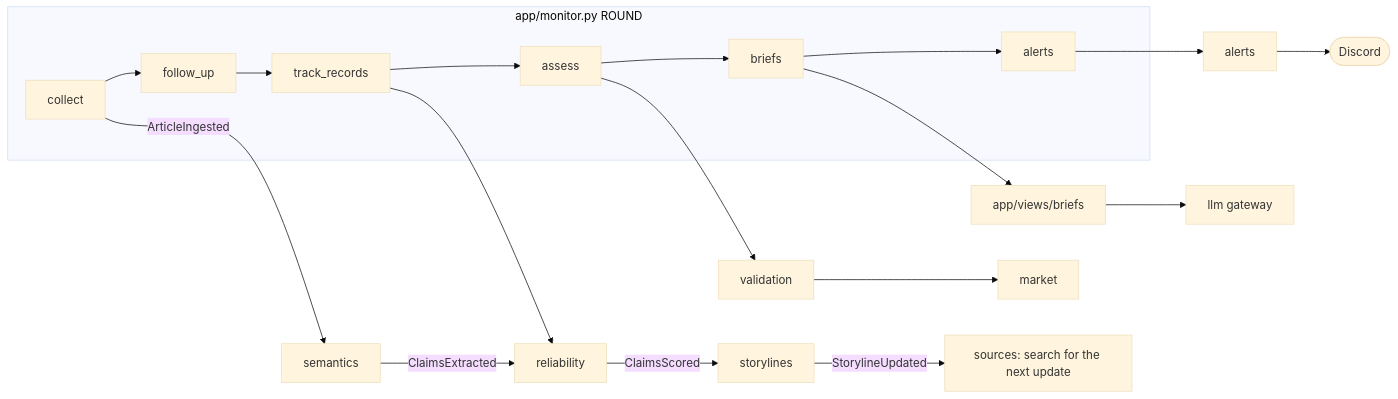
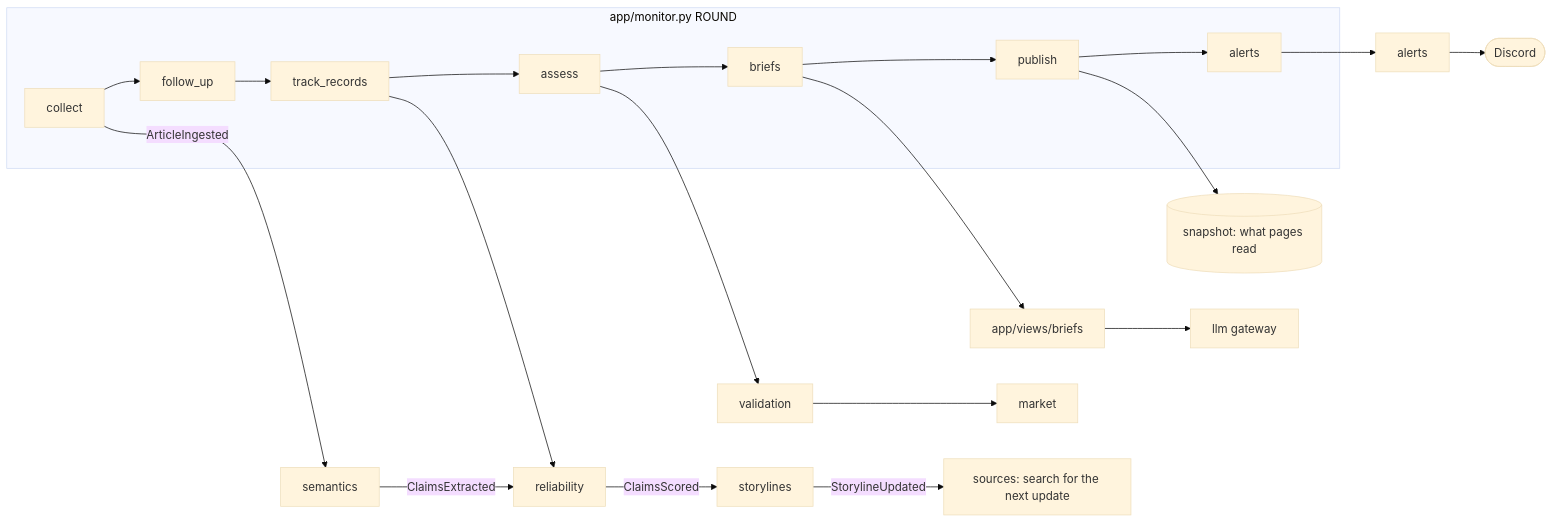
The diagram in docs/08-codebase-guide.md (Inspiring-Ming/NewsImpact), drawn with Mermaid (base theme) before and after one commit. The commit also changed other lines of this file and 31 other files, not shown here.

````diff
--- a/docs/08-codebase-guide.md
+++ b/docs/08-codebase-guide.md
@@ -34,14 +34,15 @@
 ```mermaid
 flowchart LR
   subgraph round[app/monitor.py ROUND]
-    s1[collect] --> s2[follow_up] --> s3[track_records] --> s4[assess] --> s5[briefs] --> s6[alerts]
+    s1[collect] --> s2[follow_up] --> s3[track_records] --> s4[assess] --> s5[briefs] --> s7[publish] --> s6[alerts]
   end
   s1 -->|ArticleIngested| sem[semantics]
   sem -->|ClaimsExtracted| rel[reliability]
   rel -->|ClaimsScored| sto[storylines]
   sto -->|StorylineUpdated| src[sources: search for the next update]
   s3 --> rel
   s4 --> val[validation] --> mkt[market]
   s5 --> views[app/views/briefs] --> llm[llm gateway]
+  s7 --> snap[(snapshot: what pages read)]
   s6 --> alr[alerts] --> discord([Discord])
 ```
````
